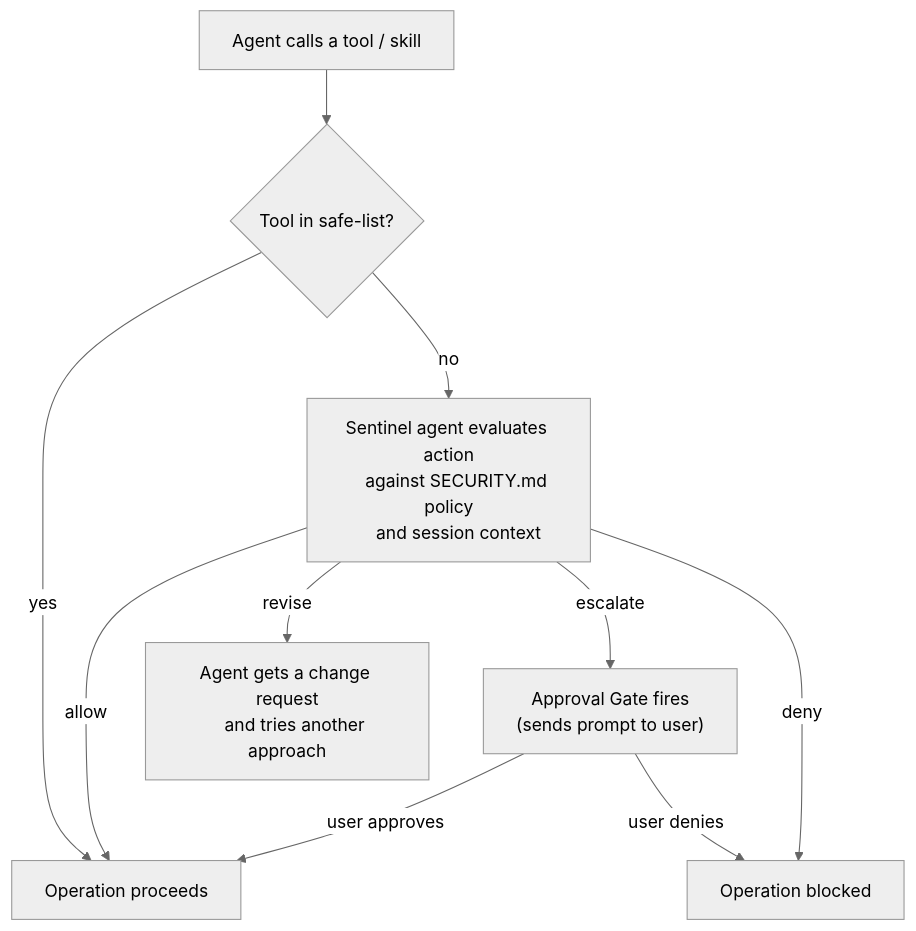
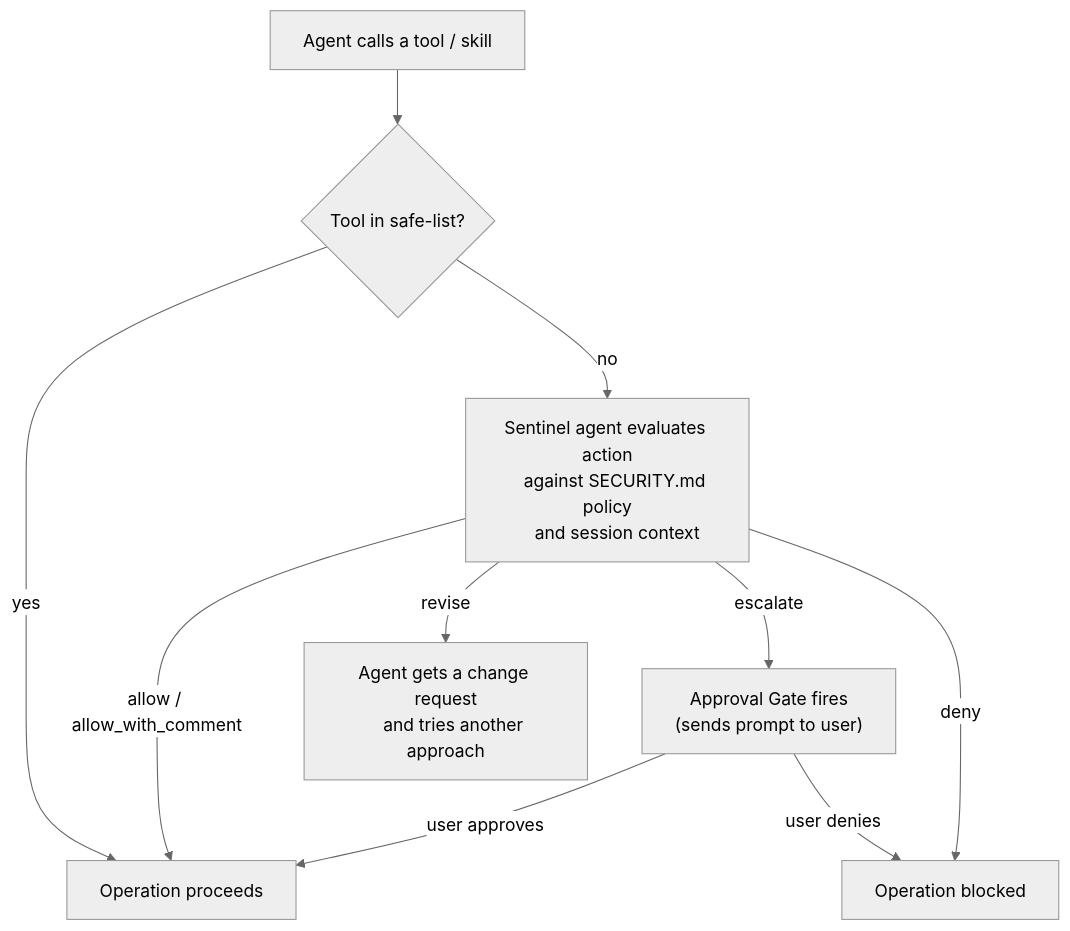
The diagram in docs/security.md (thiesgerken/carapace), drawn with Mermaid (neutral theme) before and after one commit. The commit also changed other lines of this file and 27 other files, not shown here.

First line of the commit message:
✨ feat: let the sentinel allow with a comment for the agent

````diff
--- a/docs/security.md
+++ b/docs/security.md
@@ -18,24 +19,24 @@
 ```mermaid
 flowchart TD
     ToolCall[Agent calls a tool / skill]
     SafeList{Tool in safe-list?}
     Sentinel["Sentinel agent evaluates action
     against SECURITY.md policy
     and session context"]
     Proceed[Operation proceeds]
     Revise["Agent gets a change request
     and tries another approach"]
     Gate["Approval Gate fires
     (sends prompt to user)"]
     Blocked[Operation blocked]
 
     ToolCall --> SafeList
     SafeList -->|yes| Proceed
     SafeList -->|no| Sentinel
-    Sentinel -->|allow| Proceed
+    Sentinel -->|allow / allow_with_comment| Proceed
     Sentinel -->|revise| Revise
     Sentinel -->|escalate| Gate
     Sentinel -->|deny| Blocked
     Gate -->|user approves| Proceed
     Gate -->|user denies| Blocked
 ```
````
